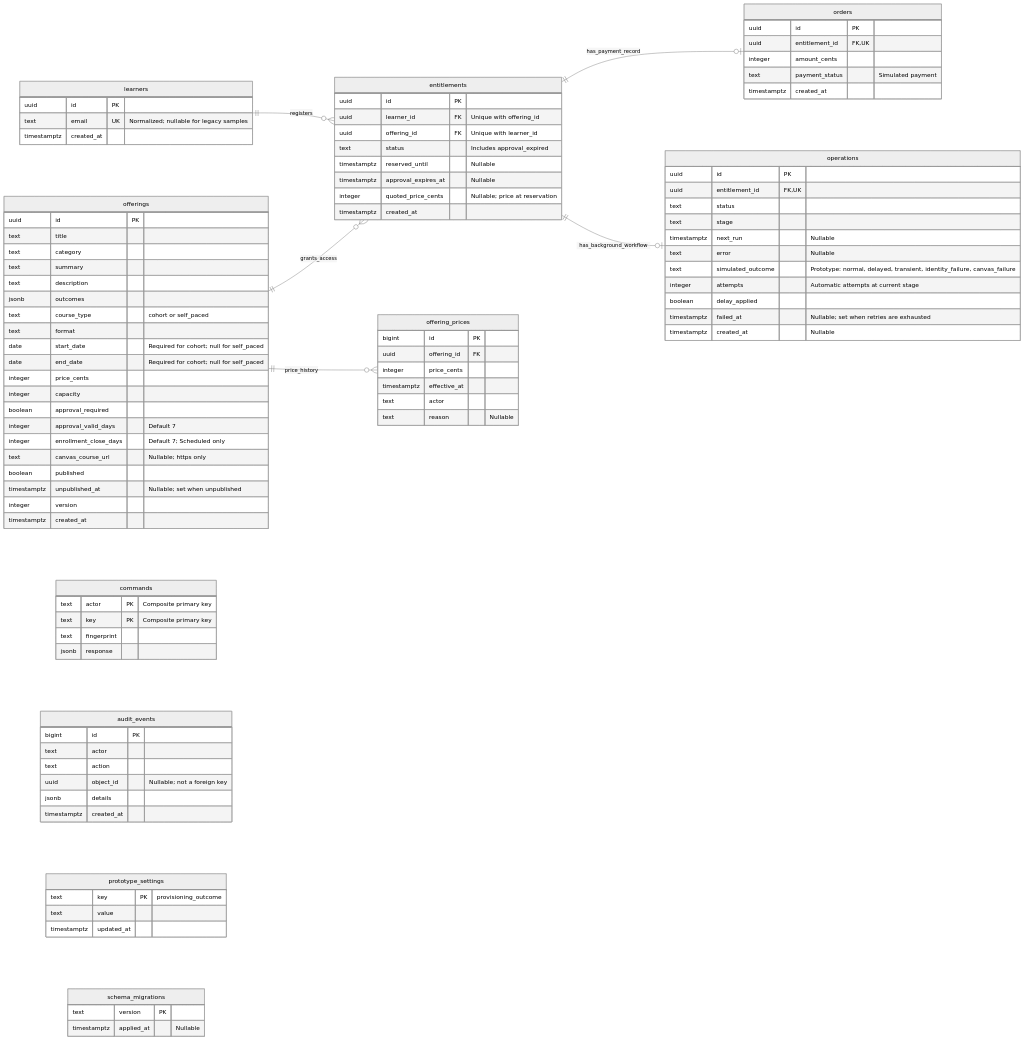
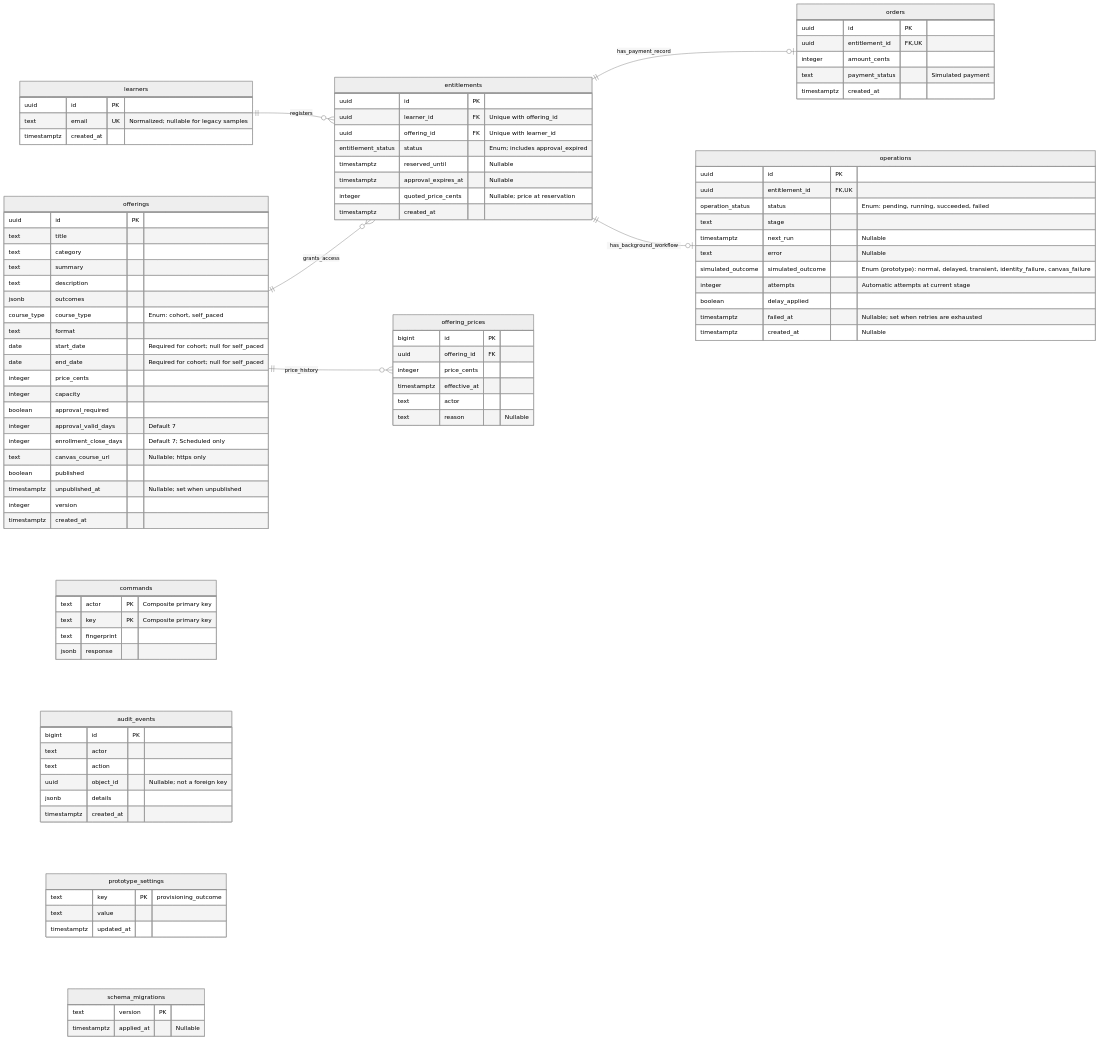
Before and after one commit to dr-grizz/Continuing-Education: the diagram in docs/prototype/database-erd.mmd, drawn with Mermaid (neutral theme). The commit also changed 7 other files, not shown here.

First line of the commit message:
feat(db): convert status and type columns to PostgreSQL enums (#2)

```diff
--- a/docs/prototype/database-erd.mmd
+++ b/docs/prototype/database-erd.mmd
@@ -1,105 +1,105 @@
 %% Actual local PostgreSQL schema, including migration 007, verified on October 6, 2026.
 %% Since issue #2 the schema is defined in prisma/schema.prisma and migrated by Prisma Migrate
-%% (baseline 0_baseline = legacy 001-007). _prisma_migrations (Prisma history) is not drawn;
+%% (baseline 0_baseline = legacy 001-007; 1_status_enums converts four columns to enums). _prisma_migrations (Prisma history) is not drawn;
 %% schema_migrations is kept as read-only legacy history.
 %% offering_prices is append-only (update trigger); rows cascade only when their offering is deleted.
 %% Only enforced foreign-key relationships are drawn.
 %% audit_events.object_id is a polymorphic reference, not an FK.
 %% Entitlements have a composite UNIQUE(learner_id, offering_id).
 %% commands has a composite PRIMARY KEY(actor, key).
 erDiagram
     direction LR
     learners ||--o{ entitlements : registers
     offerings ||--o{ entitlements : grants_access
     entitlements ||--o| orders : has_payment_record
     entitlements ||--o| operations : has_background_workflow
     offerings ||--o{ offering_prices : price_history
 
     learners {
         uuid id PK
         text email UK "Normalized; nullable for legacy samples"
         timestamptz created_at
     }
     offerings {
         uuid id PK
         text title
         text category
         text summary
         text description
         jsonb outcomes
-        text course_type "cohort or self_paced"
+        course_type course_type "Enum: cohort, self_paced"
         text format
         date start_date "Required for cohort; null for self_paced"
         date end_date "Required for cohort; null for self_paced"
         integer price_cents
         integer capacity
         boolean approval_required
         integer approval_valid_days "Default 7"
         integer enrollment_close_days "Default 7; Scheduled only"
         text canvas_course_url "Nullable; https only"
         boolean published
         timestamptz unpublished_at "Nullable; set when unpublished"
         integer version
         timestamptz created_at
     }
     entitlements {
         uuid id PK
         uuid learner_id FK "Unique with offering_id"
         uuid offering_id FK "Unique with learner_id"
-        text status "Includes approval_expired"
+        entitlement_status status "Enum; includes approval_expired"
         timestamptz reserved_until "Nullable"
         timestamptz approval_expires_at "Nullable"
         integer quoted_price_cents "Nullable; price at reservation"
         timestamptz created_at
     }
     orders {
         uuid id PK
         uuid entitlement_id FK, UK
         integer amount_cents
         text payment_status "Simulated payment"
         timestamptz created_at
     }
     operations {
         uuid id PK
         uuid entitlement_id FK, UK
-        text status
+        operation_status status "Enum: pending, running, succeeded, failed"
         text stage
         timestamptz next_run "Nullable"
         text error "Nullable"
-        text simulated_outcome "Prototype: normal, delayed, transient, identity_failure, canvas_failure"
+        simulated_outcome simulated_outcome "Enum (prototype): normal, delayed, transient, identity_failure, canvas_failure"
         integer attempts "Automatic attempts at current stage"
         boolean delay_applied
         timestamptz failed_at "Nullable; set when retries are exhausted"
         timestamptz created_at "Nullable"
     }
     commands {
         text actor PK "Composite primary key"
         text key PK "Composite primary key"
         text fingerprint
         jsonb response
     }
     audit_events {
         bigint id PK
         text actor
         text action
         uuid object_id "Nullable; not a foreign key"
         jsonb details
         timestamptz created_at
     }
     offering_prices {
         bigint id PK
         uuid offering_id FK
         integer price_cents
         timestamptz effective_at
         text actor
         text reason "Nullable"
     }
     prototype_settings {
         text key PK "provisioning_outcome"
         text value
         timestamptz updated_at
     }
     schema_migrations {
         text version PK
         timestamptz applied_at "Nullable"
     }
```
